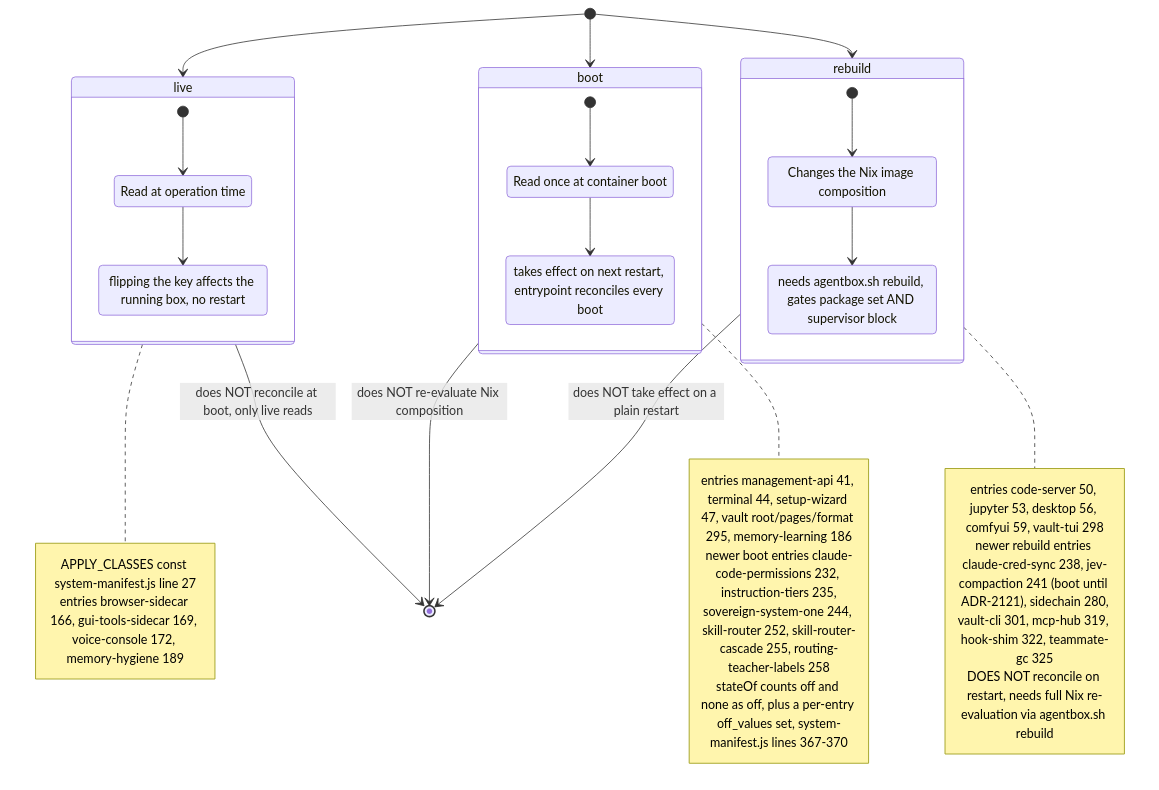
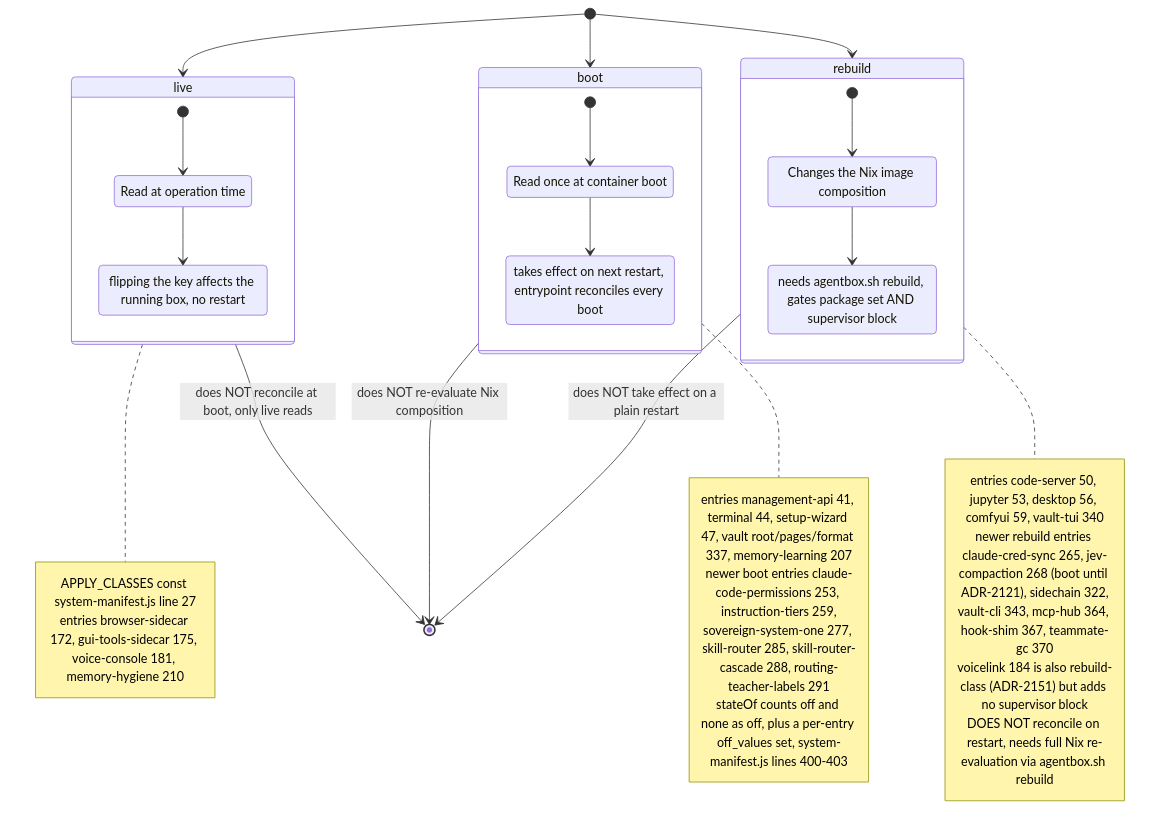
Before and after one commit to DreamLab-AI/VisionFlow: the second of 10 diagrams in docs/diagrams/agentbox/01-nix-flake-composition.md, drawn with Mermaid. The commit also changed other lines of this file and 160 other files, not shown here.

````diff
--- a/docs/diagrams/agentbox/01-nix-flake-composition.md
+++ b/docs/diagrams/agentbox/01-nix-flake-composition.md
@@ -88,44 +99,44 @@
 ```mermaid
 stateDiagram-v2
     [*] --> live
     [*] --> boot
     [*] --> rebuild
 
     state live {
         [*] --> LiveRead
         LiveRead: Read at operation time
         LiveRead --> LiveEffect
         LiveEffect: flipping the key affects the running box, no restart
     }
     state boot {
         [*] --> BootRead
         BootRead: Read once at container boot
         BootRead --> BootEffect
         BootEffect: takes effect on next restart, entrypoint reconciles every boot
     }
     state rebuild {
         [*] --> RebuildRead
         RebuildRead: Changes the Nix image composition
         RebuildRead --> RebuildEffect
         RebuildEffect: needs agentbox.sh rebuild, gates package set AND supervisor block
     }
 
     note right of live
         APPLY_CLASSES const system-manifest.js line 27
-        entries browser-sidecar 166, gui-tools-sidecar 169, voice-console 172, memory-hygiene 189
+        entries browser-sidecar 172, gui-tools-sidecar 175, voice-console 181, memory-hygiene 210
     end note
     note right of boot
-        entries management-api 41, terminal 44, setup-wizard 47, vault root/pages/format 295, memory-learning 186
-        newer boot entries claude-code-permissions 232, instruction-tiers 235,<br/>sovereign-system-one 244, skill-router 252, skill-router-cascade 255, routing-teacher-labels 258
-        stateOf counts off and none as off, plus a per-entry off_values set, system-manifest.js lines 367-370
+        entries management-api 41, terminal 44, setup-wizard 47, vault root/pages/format 337, memory-learning 207
+        newer boot entries claude-code-permissions 253, instruction-tiers 259,<br/>sovereign-system-one 277, skill-router 285, skill-router-cascade 288, routing-teacher-labels 291
+        stateOf counts off and none as off, plus a per-entry off_values set, system-manifest.js lines 400-403
     end note
     note right of rebuild
-        entries code-server 50, jupyter 53, desktop 56, comfyui 59, vault-tui 298
-        newer rebuild entries claude-cred-sync 238, jev-compaction 241 (boot until ADR-2121), sidechain 280,<br/>vault-cli 301, mcp-hub 319, hook-shim 322, teammate-gc 325
+        entries code-server 50, jupyter 53, desktop 56, comfyui 59, vault-tui 340
+        newer rebuild entries claude-cred-sync 265, jev-compaction 268 (boot until ADR-2121), sidechain 322,<br/>vault-cli 343, mcp-hub 364, hook-shim 367, teammate-gc 370<br/>voicelink 184 is also rebuild-class (ADR-2151) but adds no supervisor block
         DOES NOT reconcile on restart, needs full Nix re-evaluation via agentbox.sh rebuild
     end note
 
     live --> [*]: does NOT reconcile at boot, only live reads
     boot --> [*]: does NOT re-evaluate Nix composition
     rebuild --> [*]: does NOT take effect on a plain restart
 ```
````
